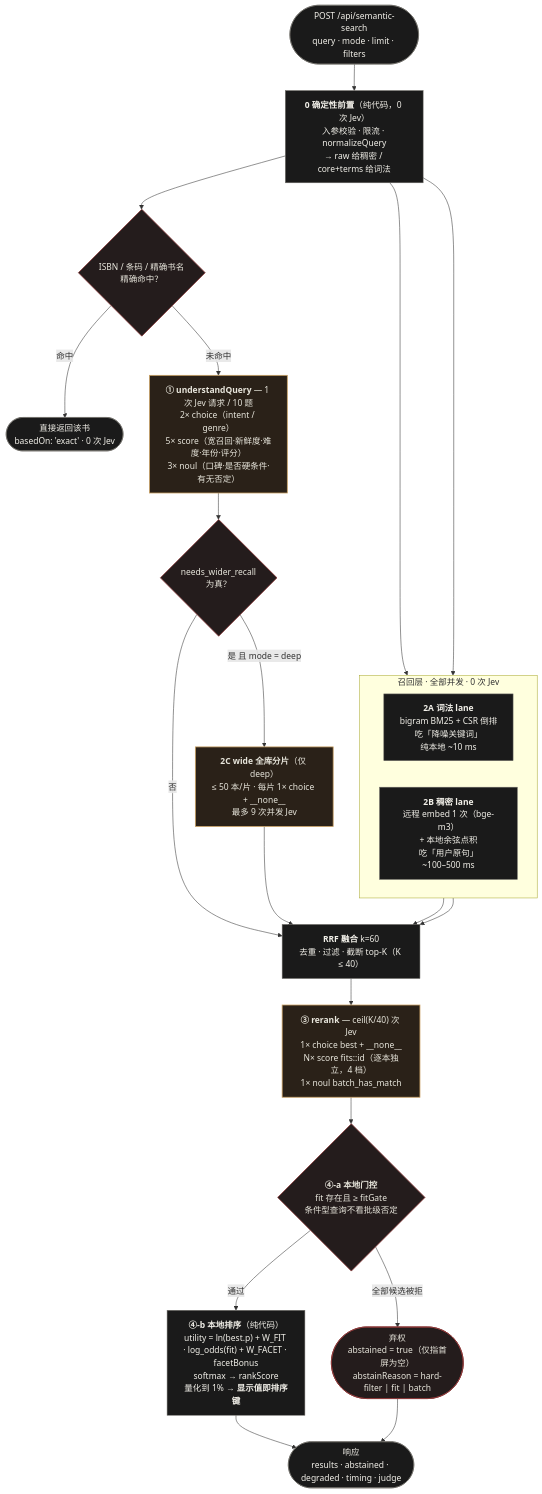
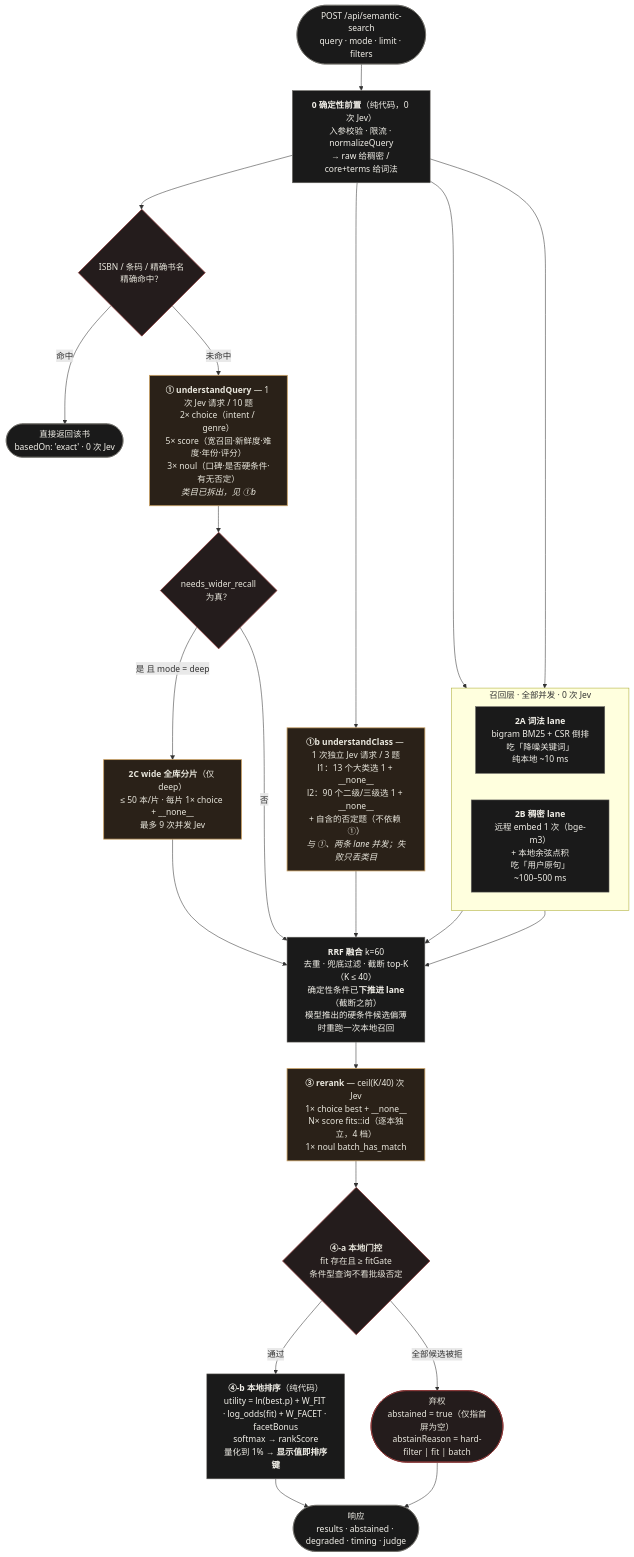
The first of 6 diagrams in docs/jev-docs/需求/语义检索-设计方案.md (xulei-shl/book-echoes-aibot), drawn with Mermaid before and after one commit. The commit also changed other lines of this file and 24 other files, not shown here.

First line of the commit message:
语义检索补齐中图法类目与元数据硬过滤：下推到截断之前、四类条件对称、类目判断独立成请求

````diff
--- a/docs/jev-docs/需求/语义检索-设计方案.md
+++ b/docs/jev-docs/需求/语义检索-设计方案.md
@@ -195,56 +195,60 @@
 ```mermaid
 flowchart TD
     Q(["POST /api/semantic-search<br/>query · mode · limit · filters"])
 
     P0["<b>0 确定性前置</b>（纯代码，0 次 Jev）<br/>入参校验 · 限流 · normalizeQuery<br/>→ raw 给稠密 / core+terms 给词法"]
 
     EXACT{"ISBN / 条码 / 精确书名<br/>精确命中？"}
     EX(["直接返回该书<br/>basedOn: 'exact' · 0 次 Jev"])
 
-    U["<b>① understandQuery</b> — 1 次 Jev 请求 / 10 题<br/>2× choice（intent / genre）<br/>5× score（宽召回·新鲜度·难度·年份·评分）<br/>3× noul（口碑·是否硬条件·有无否定）"]
+    U["<b>① understandQuery</b> — 1 次 Jev 请求 / 10 题<br/>2× choice（intent / genre）<br/>5× score（宽召回·新鲜度·难度·年份·评分）<br/>3× noul（口碑·是否硬条件·有无否定）<br/><i>类目已拆出，见 ①b</i>"]
+
+    C["<b>①b understandClass</b> — 1 次独立 Jev 请求 / 3 题<br/>l1：13 个大类选 1 + __none__<br/>l2：90 个二级/三级选 1 + __none__<br/>+ 自含的否定题（不依赖 ①）<br/><i>与 ①、两条 lane 并发；失败只丢类目</i>"]
 
     subgraph RECALL["召回层 · 全部并发 · 0 次 Jev"]
         direction LR
         LEX["<b>2A 词法 lane</b><br/>bigram BM25 + CSR 倒排<br/>吃「降噪关键词」<br/>纯本地 ~10 ms"]
         DENSE["<b>2B 稠密 lane</b><br/>远程 embed 1 次（bge-m3）<br/>+ 本地余弦点积<br/>吃「用户原句」<br/>~100–500 ms"]
     end
 
     NEED{"needs_wider_recall<br/>为真？"}
     WIDE["<b>2C wide 全库分片</b>（仅 deep）<br/>≤ 50 本/片 · 每片 1× choice + __none__<br/>最多 9 次并发 Jev"]
 
-    RRF["<b>RRF 融合</b> k=60<br/>去重 · 过滤 · 截断 top-K（K ≤ 40）"]
+    RRF["<b>RRF 融合</b> k=60<br/>去重 · 兜底过滤 · 截断 top-K（K ≤ 40）<br/>确定性条件已<b>下推进 lane</b>（截断之前）<br/>模型推出的硬条件候选偏薄时重跑一次本地召回"]
 
     RERANK["<b>③ rerank</b> — ceil(K/40) 次 Jev<br/>1× choice best + __none__<br/>N× score fits::id（逐本独立，4 档）<br/>1× noul batch_has_match"]
 
     GATE{"<b>④-a 本地门控</b><br/>fit 存在且 ≥ fitGate<br/>条件型查询不看批级否定"}
     ABSTAIN(["弃权<br/>abstained = true（仅指首屏为空）<br/>abstainReason = hard-filter | fit | batch"])
 
     RANK["<b>④-b 本地排序</b>（纯代码）<br/>utility = ln(best.p) + W_FIT · log_odds(fit) + W_FACET · facetBonus<br/>softmax → rankScore<br/>量化到 1% → <b>显示值即排序键</b>"]
 
     OUT(["响应<br/>results · abstained · degraded · timing · judge"])
 
     Q --> P0 --> EXACT
     EXACT -->|命中| EX
     EXACT -->|未命中| U
     P0 --> LEX
     P0 --> DENSE
+    P0 --> C
+    C --> RRF
     U --> NEED
     NEED -->|"是 且 mode = deep"| WIDE
     NEED -->|"否"| RRF
     WIDE --> RRF
     LEX --> RRF
     DENSE --> RRF
     RRF --> RERANK
     RERANK --> GATE
     GATE -->|通过| RANK
     GATE -->|全部候选被拒| ABSTAIN
     RANK --> OUT
     ABSTAIN --> OUT
 
     classDef jev fill:#2a2118,stroke:#C9A063,stroke-width:1.5px,color:#E8E6DC
     classDef code fill:#1a1a1a,stroke:#6F6D68,stroke-width:1px,color:#F2F0E9
     classDef gate fill:#241c1c,stroke:#8B3A3A,stroke-width:1.5px,color:#E8E6DC
-    class U,WIDE,RERANK jev
+    class U,C,WIDE,RERANK jev
     class P0,LEX,DENSE,RRF,RANK,EX,OUT,Q code
     class EXACT,NEED,GATE,ABSTAIN gate
 ```
````
